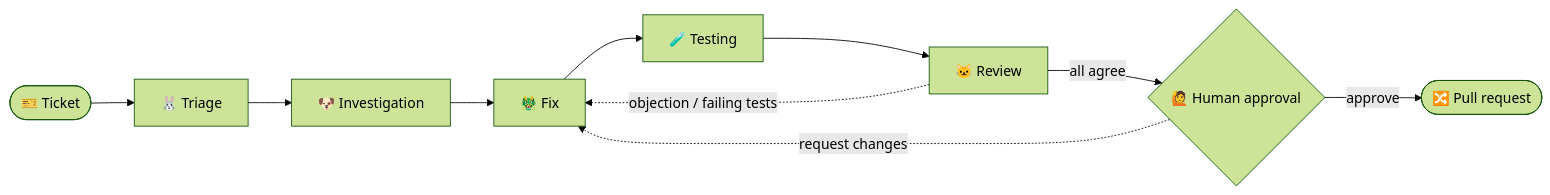
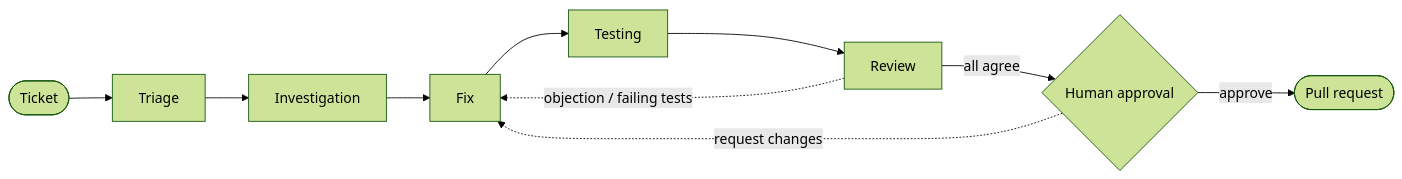
Before and after one commit to Durreshehwar15/HalluciNation: the diagram in README.md, drawn with Mermaid (forest theme). The commit also changed other lines of this file, not shown here.

````diff
--- a/README.md
+++ b/README.md
@@ -77,12 +77,12 @@
 ```mermaid
 flowchart LR
-    A([🎫 Ticket]) --> B[🐰 Triage]
-    B --> C[🐶 Investigation]
-    C --> D[🐲 Fix]
-    D --> E[🧪 Testing]
-    E --> F[🐱 Review]
-    F -->|all agree| G{🙋 Human approval}
+    A([Ticket]) --> B[Triage]
+    B --> C[Investigation]
+    C --> D[Fix]
+    D --> E[Testing]
+    E --> F[Review]
+    F -->|all agree| G{Human approval}
     F -.->|objection / failing tests| D
-    G -->|approve| H([🔀 Pull request])
+    G -->|approve| H([Pull request])
     G -.->|request changes| D
 ```
````
